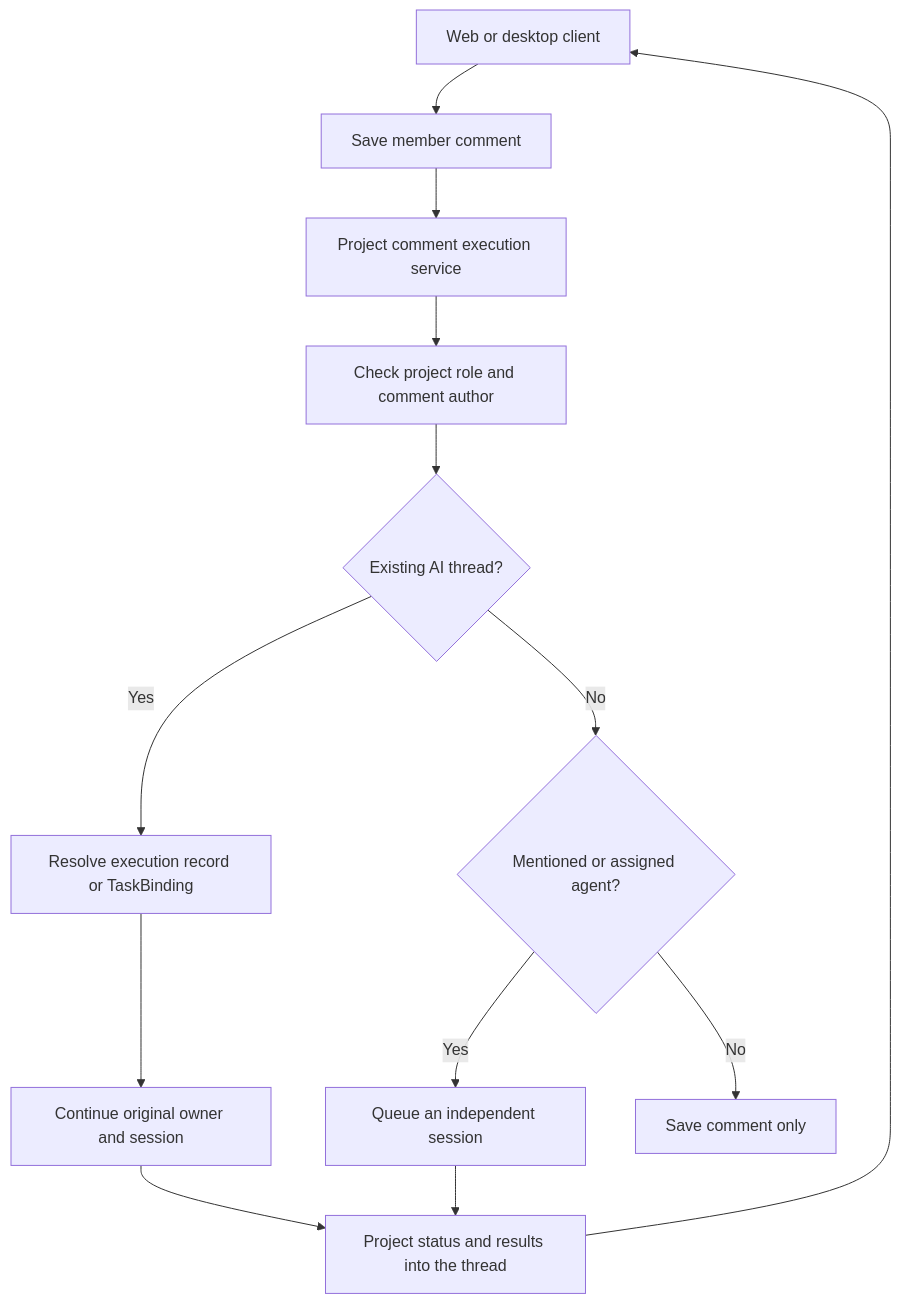
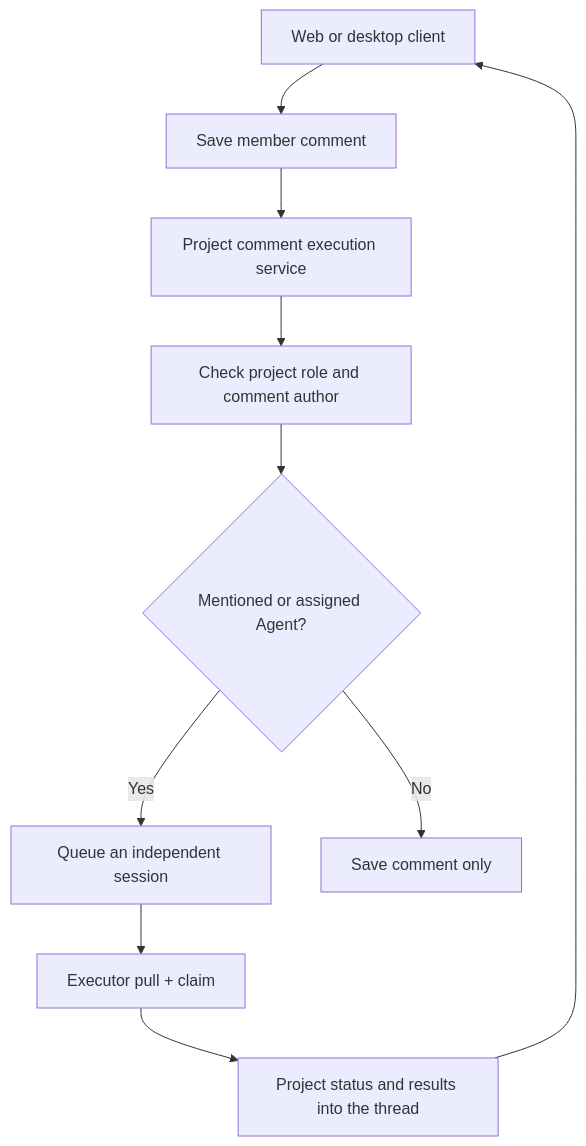
The third of 4 diagrams in docs/wegent/developer-guide/cloud-project-collaboration.md (wecode-ai/wegent-docs), drawn with Mermaid before and after one commit. The commit also changed other lines of this file and 5 other files, not shown here.

````diff
--- a/docs/wegent/developer-guide/cloud-project-collaboration.md
+++ b/docs/wegent/developer-guide/cloud-project-collaboration.md
@@ -509,15 +327,12 @@
 ```mermaid
 flowchart TD
     UI[Web or desktop client] --> Save[Save member comment]
     Save --> Execute[Project comment execution service]
     Execute --> Auth[Check project role and comment author]
-    Auth --> Kind{Existing AI thread?}
-    Kind -->|Yes| Binding[Resolve execution record or TaskBinding]
-    Binding --> Continue[Continue original owner and session]
-    Kind -->|No| Agent{Mentioned or assigned agent?}
+    Auth --> Agent{Mentioned or assigned Agent?}
     Agent -->|Yes| Queue[Queue an independent session]
     Agent -->|No| Comment[Save comment only]
-    Continue --> Activity[Project status and results into the thread]
-    Queue --> Activity
+    Queue --> Claim[Executor pull + claim]
+    Claim --> Activity[Project status and results into the thread]
     Activity --> UI
 ```
````
